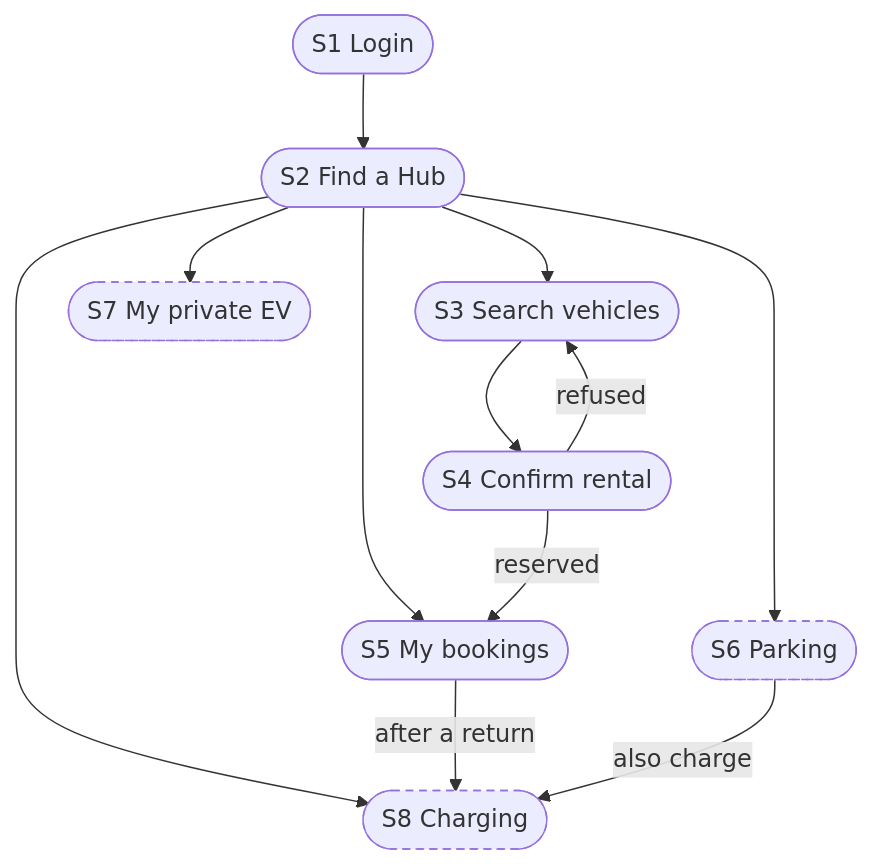
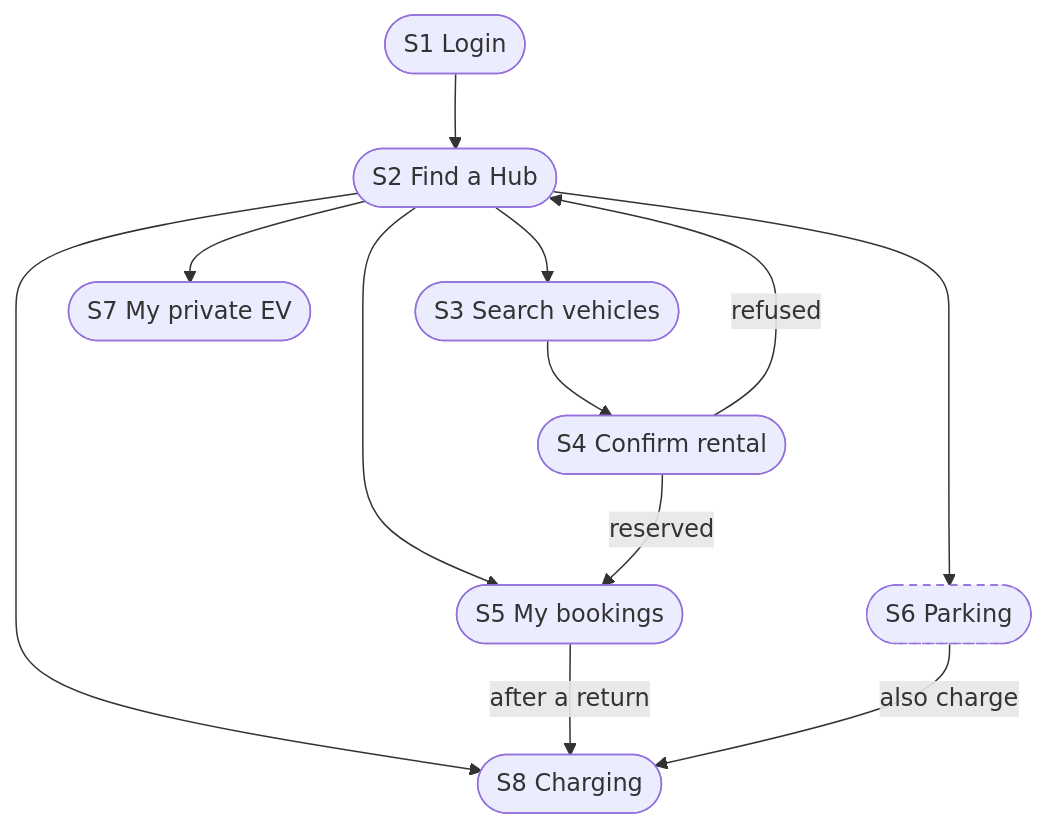
Before and after one commit to MabC06/smart-e-mobility-hub: the first of 2 diagrams in docs/design/ui/ui-flow-diagrams.md, drawn with Mermaid. The commit also changed other lines of this file and 4 other files, not shown here.

````diff
--- a/docs/design/ui/ui-flow-diagrams.md
+++ b/docs/design/ui/ui-flow-diagrams.md
@@ -9,17 +9,17 @@
 ```mermaid
 flowchart TD
     S1([S1 Login]) --> S2([S2 Find a Hub])
     S2 --> S3([S3 Search vehicles])
     S2 --> S5([S5 My bookings])
     S2 --> S6([S6 Parking])
     S2 --> S7([S7 My private EV])
     S2 --> S8([S8 Charging])
     S3 --> S4([S4 Confirm rental])
     S4 -->|reserved| S5
-    S4 -->|refused| S3
+    S4 -->|refused| S2
     S5 -->|after a return| S8
     S6 -->|also charge| S8
 
     classDef planned stroke-dasharray: 5 4
-    class S6,S7,S8 planned
+    class S6 planned
 ```
````
